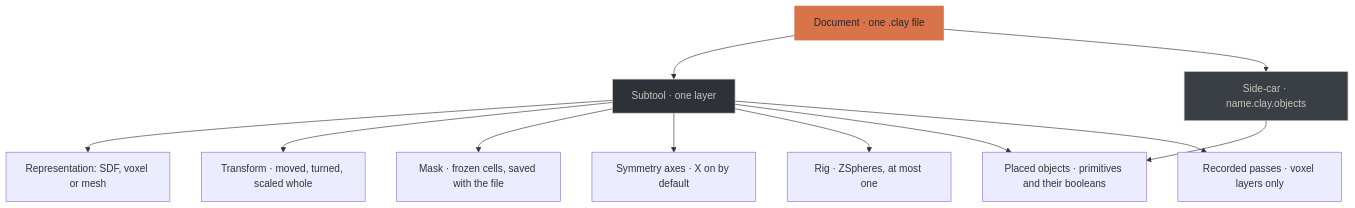
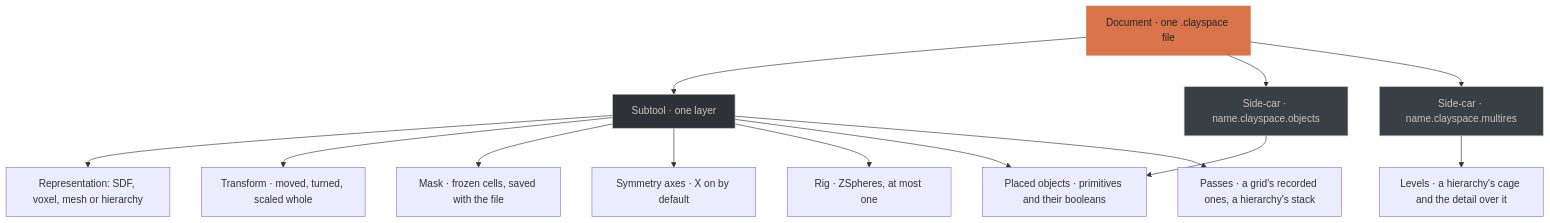
One commit to CyberdyneCorp/ClaySpaceDesktop changed the fifth of 7 diagrams in README.md. Above: the diagram before and after it, drawn with Mermaid. The commit also changed other lines of this file and 149 other files, not shown here.

First line of the commit message:
Move the engine pin to ClayCore v0.78.0: a hierarchy is a representation, and the intersect bound is measured (#76)

````diff
--- a/README.md
+++ b/README.md
@@ -816,28 +928,33 @@
 ```mermaid
 graph TD
-    DOC["Document · one .clay file"]
-    SIDE["Side-car · name.clay.objects"]
+    DOC["Document · one .clayspace file"]
+    SIDE["Side-car · name.clayspace.objects"]
+    MRES["Side-car · name.clayspace.multires"]
     ST["Subtool · one layer"]
-    REP["Representation: SDF, voxel or mesh"]
+    REP["Representation: SDF, voxel, mesh or hierarchy"]
     XF["Transform · moved, turned, scaled whole"]
     MASK["Mask · frozen cells, saved with the file"]
     SYM["Symmetry axes · X on by default"]
     RIG["Rig · ZSpheres, at most one"]
     OBJ["Placed objects · primitives and their booleans"]
-    PASS["Recorded passes · voxel layers only"]
+    PASS["Passes · a grid's recorded ones, a hierarchy's stack"]
+    LEVELS["Levels · a hierarchy's cage and the detail over it"]
 
     DOC --> ST
     DOC --> SIDE
+    DOC --> MRES
     SIDE --> OBJ
+    MRES --> LEVELS
     ST --> REP
     ST --> XF
     ST --> MASK
     ST --> SYM
     ST --> RIG
     ST --> OBJ
     ST --> PASS
 
     style DOC fill:#D9744A,stroke:#D9744A,color:#23262B
     style ST fill:#2E3238,stroke:#C9C4BD,color:#C9C4BD
     style SIDE fill:#3A3E45,stroke:#C9C4BD,color:#C9C4BD
+    style MRES fill:#3A3E45,stroke:#C9C4BD,color:#C9C4BD
 ```
````
